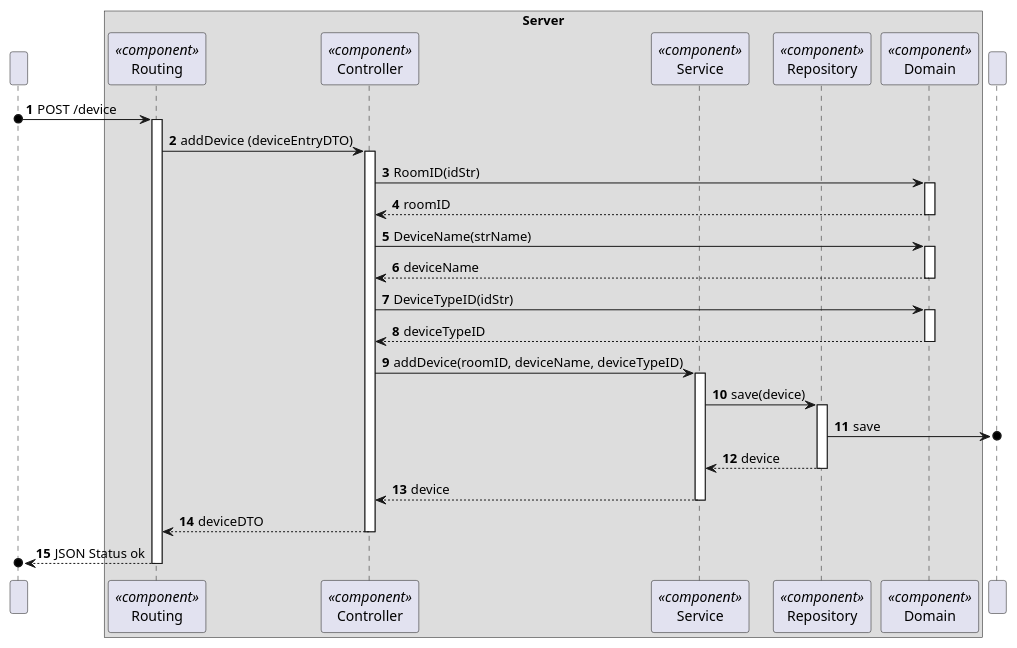
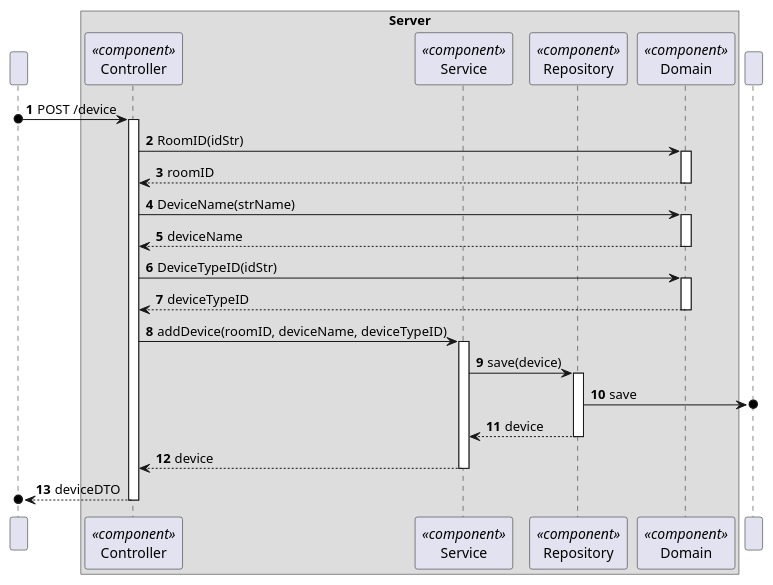
One commit to moutajDev/smarthome changed the diagram in docs/C4_4plus1_models/Level4/ProcessView/ProcessViewLevel4_UC05.puml. Above: the diagram before and after it, drawn with PlantUML. The commit also changed 23 other files, not shown here.

Commit message:
docs: update to c4 model process view level 4 - Controller returns DTO not JSON

```diff
--- a/docs/C4_4plus1_models/Level4/ProcessView/ProcessViewLevel4_UC05.puml
+++ b/docs/C4_4plus1_models/Level4/ProcessView/ProcessViewLevel4_UC05.puml
@@ -1,60 +1,53 @@
 @startuml
 'https://plantuml.com/sequence-diagram
 !pragma layout smetana
 
 autonumber
 
 participant " " as HTTP
 
 box "Server"
-participant "Routing" as ROUT<<component>>
     participant "Controller" as CTRL<<component>>
     participant "Service" as SV<<component>>
     participant "Repository" as REPO<<component>>
     participant "Domain" as DOM<<component>>
 end box
 participant " " as BD
 
-HTTP o-> ROUT : POST /device
-activate ROUT
-
-ROUT -> CTRL : addDevice (deviceEntryDTO)
+HTTP o-> CTRL : POST /device
 activate CTRL
 
 CTRL -> DOM : RoomID(idStr)
 activate DOM
 DOM --> CTRL : roomID
 deactivate DOM
 
 CTRL -> DOM : DeviceName(strName)
 activate DOM
 DOM --> CTRL : deviceName
 deactivate DOM
 
 CTRL -> DOM : DeviceTypeID(idStr)
 activate DOM
 DOM --> CTRL : deviceTypeID
 deactivate DOM
 
 CTRL -> SV : addDevice(roomID, deviceName, deviceTypeID)
 activate SV
 
 SV -> REPO : save(device)
 activate REPO
 REPO ->o BD : save
 
 
 REPO --> SV : device
 deactivate REPO
 
 SV --> CTRL : device
 deactivate SV
 
-CTRL --> ROUT : deviceDTO
+CTRL -->o HTTP : deviceDTO
 deactivate CTRL
-
-ROUT -->o HTTP : JSON Status ok
-deactivate ROUT
 
 
 @enduml
```
